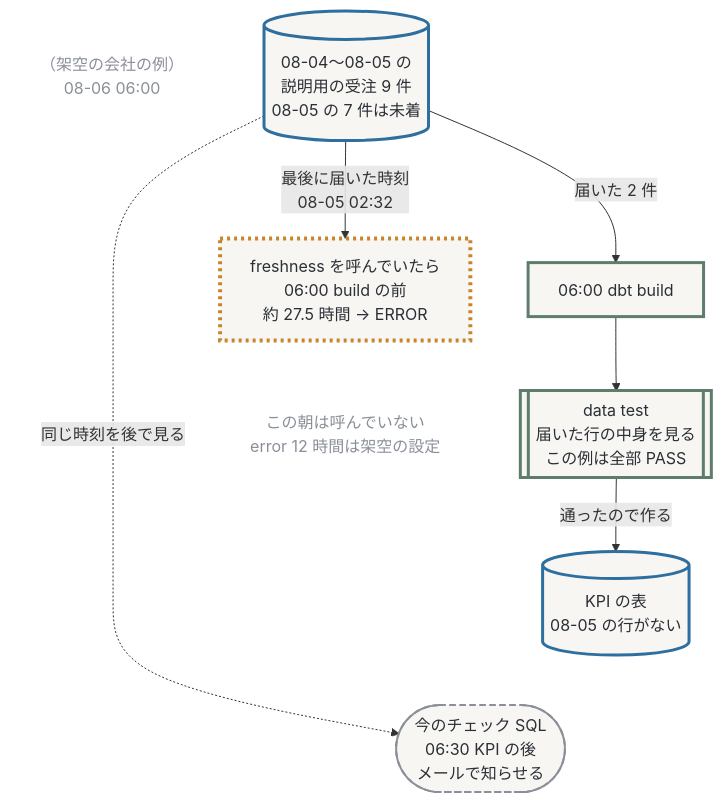
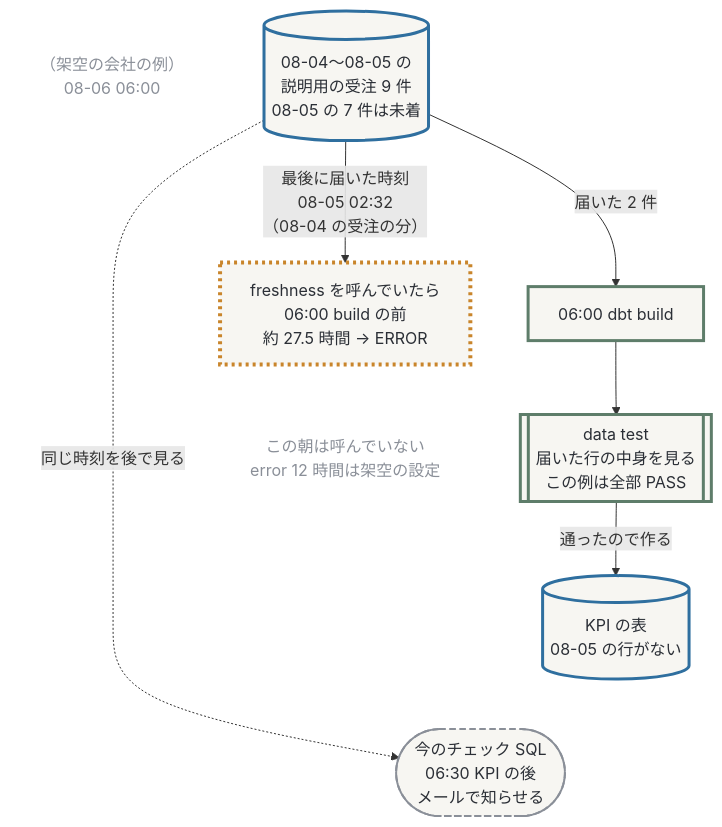
One commit to e8dev-note/zenn-content changed the second of 5 diagrams in articles/dbt-ep1-data-tests.md. Above: the diagram before and after it, drawn with Mermaid. The commit also changed other lines of this file and 1 other file, not shown here.

````diff
--- a/articles/dbt-ep1-data-tests.md
+++ b/articles/dbt-ep1-data-tests.md
@@ -89,23 +105,23 @@
 ```mermaid
 flowchart TB
   fictional["（架空の会社の例）<br/>08-06 06:00"]:::note
   raw[("08-04〜08-05 の<br/>説明用の受注 9 件<br/>08-05 の 7 件は未着")]:::data
   fresh["freshness を呼んでいたら<br/>06:00 build の前<br/>約 27.5 時間 → ERROR"]:::maybe
   build["06:00 dbt build"]:::proc
   tests[["data test<br/>届いた行の中身を見る<br/>この例は全部 PASS"]]:::proc
   kpi[("KPI の表<br/>08-05 の行がない")]:::data
   check(["今のチェック SQL<br/>06:30 KPI の後<br/>メールで知らせる"]):::keep
   threshold["この朝は呼んでいない<br/>error 12 時間は架空の設定"]:::note
-  raw -->|"最後に届いた時刻<br/>08-05 02:32"| fresh
+  raw -->|"最後に届いた時刻<br/>08-05 02:32<br/>（08-04 の受注の分）"| fresh
   raw -->|"届いた 2 件"| build
   build --> tests
   tests -->|"通ったので作る"| kpi
   raw -.->|"同じ時刻を後で見る"| check
   fresh ~~~ threshold
   kpi ~~~ check
   classDef data fill:#F7F6F2,stroke:#2F6F9F,stroke-width:3px,color:#2B2F36
   classDef proc fill:#F7F6F2,stroke:#5E7D6A,stroke-width:3px,color:#2B2F36
   classDef maybe fill:#F7F6F2,stroke:#C9852B,stroke-width:4px,stroke-dasharray:3 4,color:#2B2F36
   classDef keep fill:#F7F6F2,stroke:#8A8F98,stroke-width:2px,stroke-dasharray:6 4,color:#2B2F36
   classDef note fill:none,stroke:none,color:#8A8F98
 ```
````
